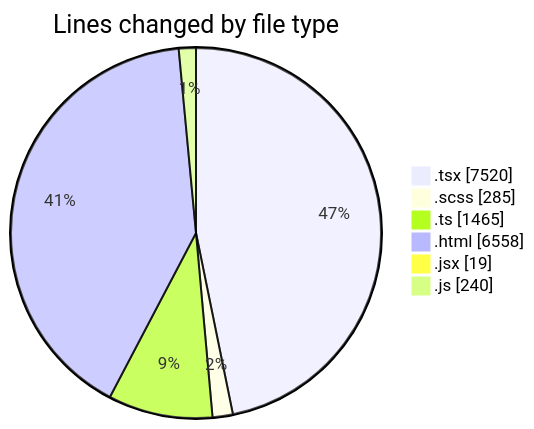
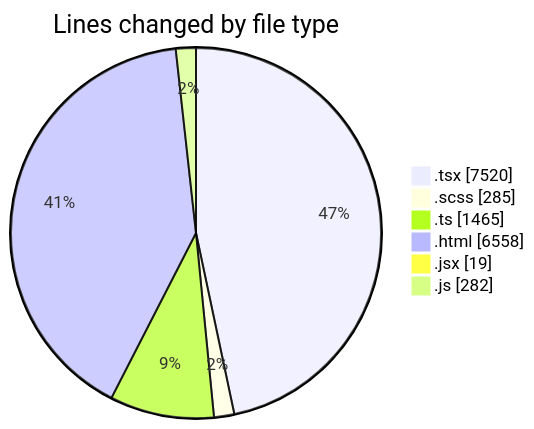
Before and after one commit to momahboobian/code-tracking: the first of 2 diagrams in 2026-02-25/cda/README.md, drawn with Mermaid. The commit also changed other lines of this file and 1 other file, not shown here.

````diff
--- a/2026-02-25/cda/README.md
+++ b/2026-02-25/cda/README.md
@@ -29,10 +30,10 @@
 ```mermaid
 pie showData
 title Lines changed by file type
 ".tsx" : 7520
 ".scss" : 285
 ".ts" : 1465
 ".html" : 6558
 ".jsx" : 19
-".js" : 240
+".js" : 282
 ```
````
